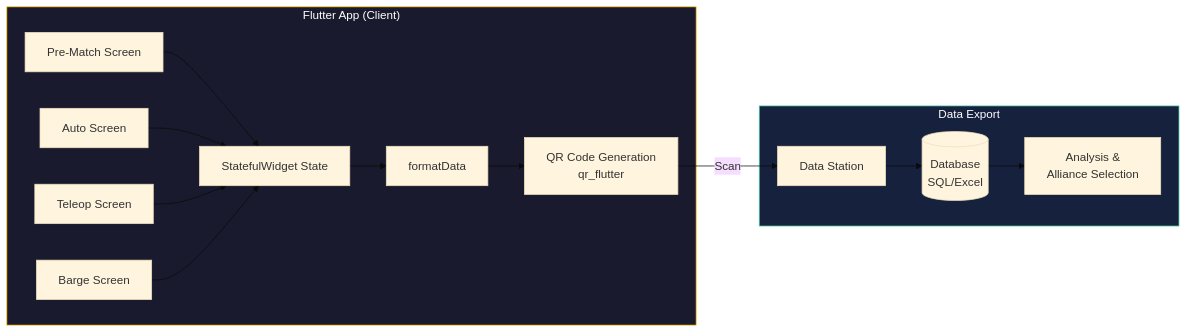
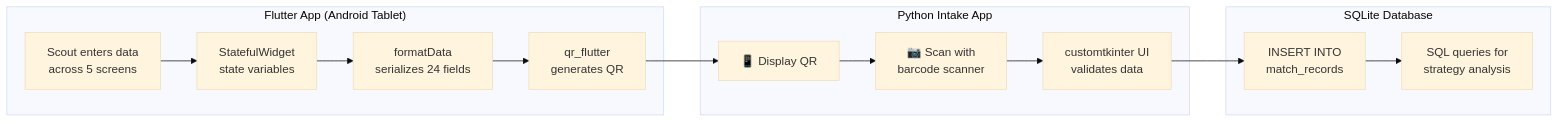
Before and after one commit to aamir-frc-scouting/frc-scouting-app-2025: the diagram in README.md, drawn with Mermaid (base theme). The commit also changed other lines of this file and 5 other files, not shown here.

````diff
--- a/README.md
+++ b/README.md
@@ -71,20 +93,19 @@
 ```mermaid
 flowchart LR
-    subgraph App["Flutter App (Client)"]
-        A[Pre-Match Screen] --> S[StatefulWidget State]
-        B[Auto Screen] --> S
-        C[Teleop Screen] --> S
-        D[Barge Screen] --> S
-        S --> F[formatData]
-        F --> Q[QR Code Generation<br/>qr_flutter]
+    subgraph Flutter["Flutter App (Android Tablet)"]
+        A[Scout enters data<br/>across 5 screens] --> B[StatefulWidget<br/>state variables]
+        B --> C[formatData<br/>serializes 24 fields]
+        C --> D[qr_flutter<br/>generates QR]
     end
     
-    subgraph Export["Data Export"]
-        Q --> |"Scan"| DS[Data Station]
-        DS --> DB[(Database<br/>SQL/Excel)]
-        DB --> AN[Analysis &<br/>Alliance Selection]
+    subgraph Intake["Python Intake App"]
+        D --> E[📱 Display QR]
+        E --> F[📷 Scan with<br/>barcode scanner]
+        F --> G[customtkinter UI<br/>validates data]
     end
     
-    style App fill:#1a1a2e,stroke:#ffc107,color:#fff
-    style Export fill:#16213e,stroke:#4ecca3,color:#fff
+    subgraph Storage["SQLite Database"]
+        G --> H[INSERT INTO<br/>match_records]
+        H --> I[SQL queries for<br/>strategy analysis]
+    end
 ```
````
